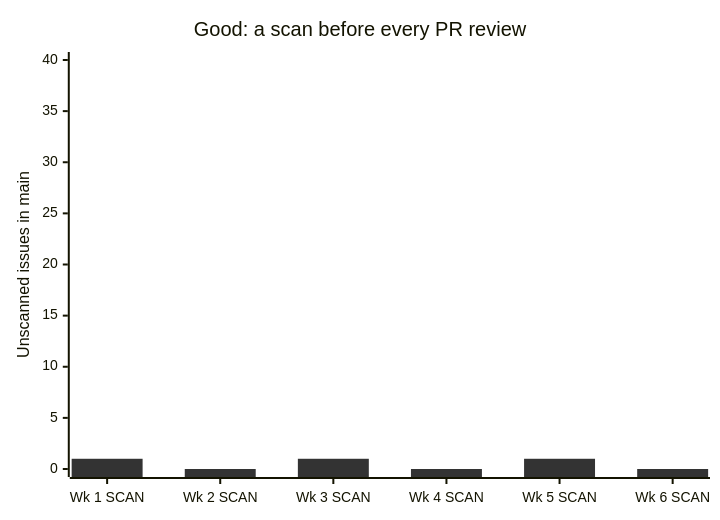
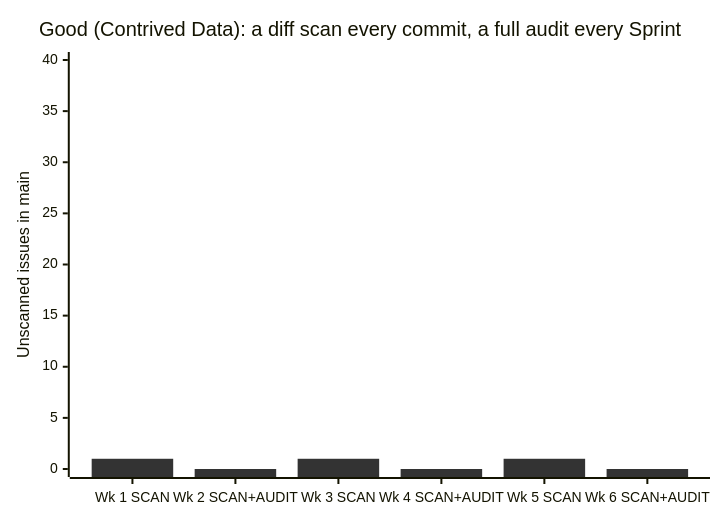
The second of 2 diagrams in public/uploads/rules/ai-security-scans/rule.mdx (SSWConsulting/SSW.Rules.Content), drawn with Mermaid before and after one commit. The commit also changed other lines of this file, not shown here.

````diff
--- a/public/uploads/rules/ai-security-scans/rule.mdx
+++ b/public/uploads/rules/ai-security-scans/rule.mdx
@@ -74,13 +79,13 @@
 ```mermaid
 ---
 config:
   themeVariables:
     xyChart:
       plotColorPalette: "#333333"
 ---
 xychart-beta
-  title "Good: a scan before every PR review"
-  x-axis ["Wk 1 SCAN", "Wk 2 SCAN", "Wk 3 SCAN", "Wk 4 SCAN", "Wk 5 SCAN", "Wk 6 SCAN"]
+  title "Good (Contrived Data): a diff scan every commit, a full audit every Sprint"
+  x-axis ["Wk 1 SCAN", "Wk 2 SCAN+AUDIT", "Wk 3 SCAN", "Wk 4 SCAN+AUDIT", "Wk 5 SCAN", "Wk 6 SCAN+AUDIT"]
   y-axis "Unscanned issues in main" 0 --> 40
   bar [1, 0, 1, 0, 1, 0]
 ```
````
